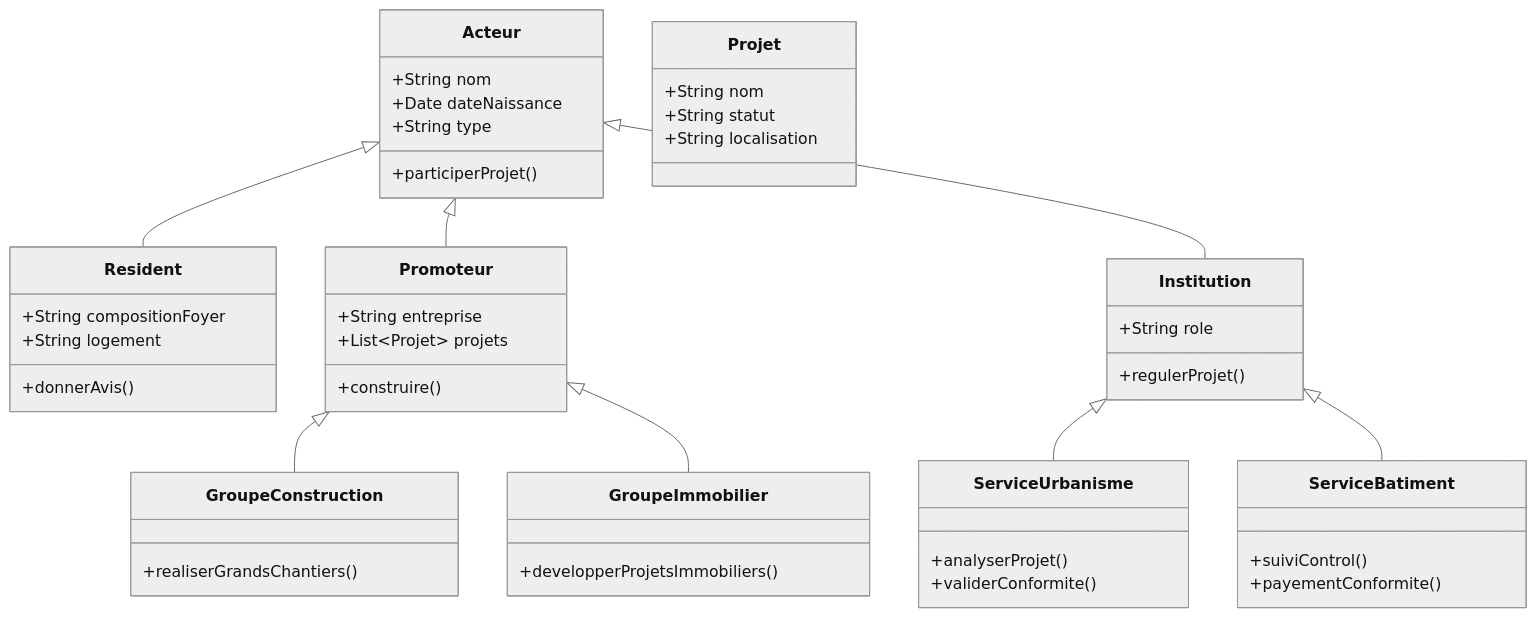
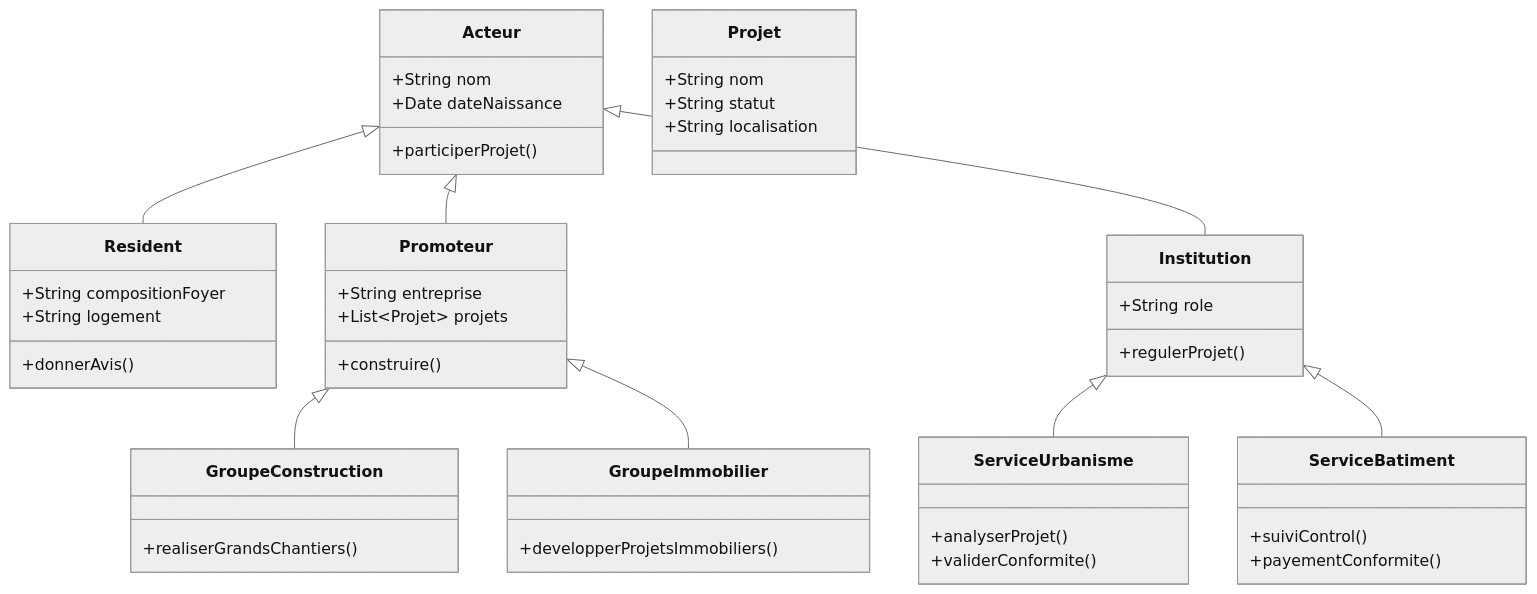
Before and after one commit to kahiarchi/plaine---saint--Denis---batiment-: the diagram in acteursTGY95.md, drawn with Mermaid (neutral theme).

Commit message:
Remove 'type' attribute from Acteur class

````diff
--- a/acteursTGY95.md
+++ b/acteursTGY95.md
@@ -1,60 +1,59 @@
 ```mermaid
 classDiagram
     class Acteur {
         +String nom
         +Date dateNaissance
-        +String type
         +participerProjet()
     }
 
     class Resident {
         +String compositionFoyer
         +String logement
         +donnerAvis()
     }
 
     class Promoteur {
         +String entreprise
         +List~Projet~ projets
         +construire()
     }
 
     class GroupeConstruction {
         +realiserGrandsChantiers()
     }
 
     class GroupeImmobilier {
         +developperProjetsImmobiliers()
     }
 
     class Institution {
         +String role
         +regulerProjet()
     }
 
     class ServiceUrbanisme {
         +analyserProjet()
         +validerConformite()
     }
 
     class ServiceBatiment {
         +suiviControl()
         +payementConformite()
     }
 
     class Projet {
         +String nom
         +String statut
         +String localisation
     }
 
   
     Acteur <|-- Resident
     Acteur <|-- Promoteur
     Acteur <|-- Institution
     Promoteur <|-- GroupeConstruction
     Promoteur <|-- GroupeImmobilier
     Institution <|-- ServiceUrbanisme
     Institution <|-- ServiceBatiment
 
 ```
````
